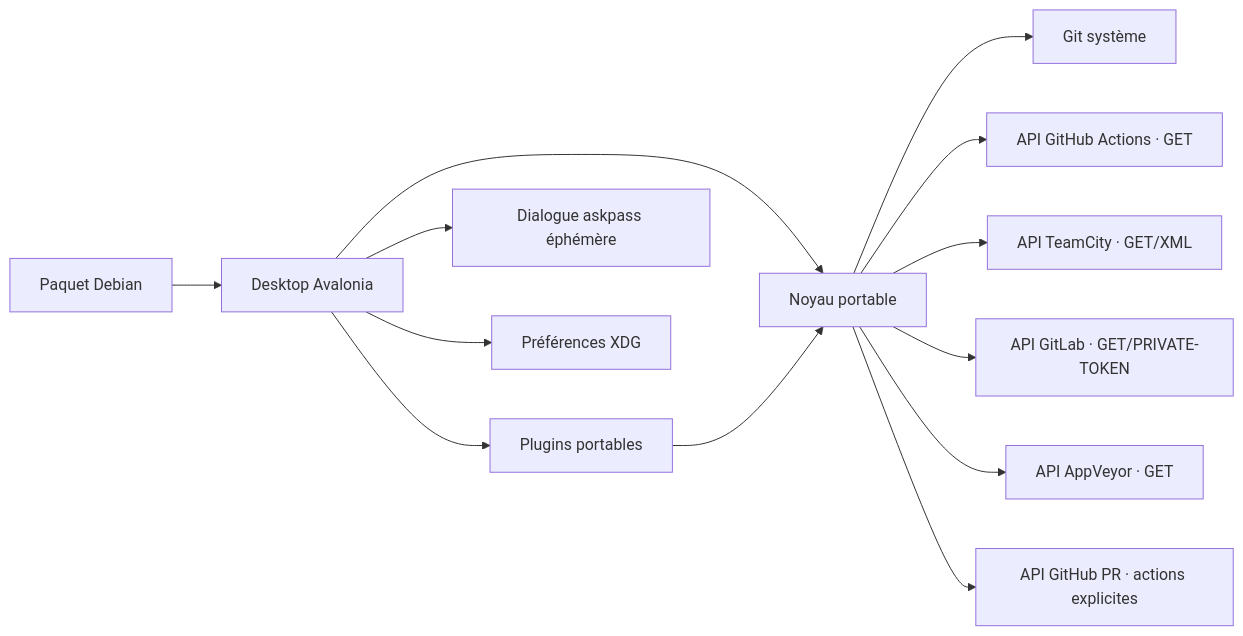
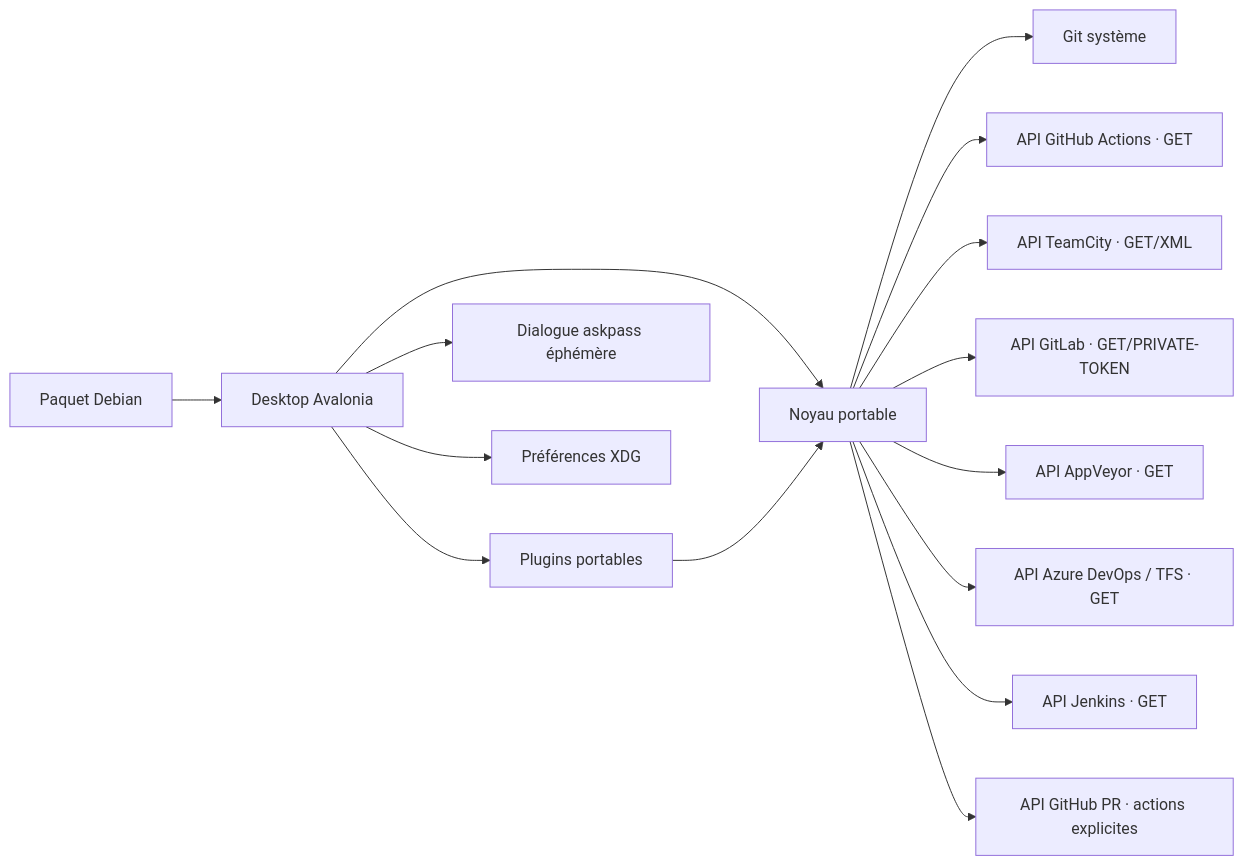
The second of 2 diagrams in .agents/docs/c4.md (Azreal42/gitextensions), drawn with Mermaid before and after one commit. The commit also changed other lines of this file and 18 other files, not shown here.

````diff
--- a/.agents/docs/c4.md
+++ b/.agents/docs/c4.md
@@ -19,15 +19,17 @@
 ```mermaid
 flowchart LR
   UI[Desktop Avalonia] --> CORE[Noyau portable]
   CORE --> CLI[Git système]
   CORE --> ACTIONS[API GitHub Actions · GET]
   CORE --> TEAMCITY[API TeamCity · GET/XML]
   CORE --> GITLAB[API GitLab · GET/PRIVATE-TOKEN]
   CORE --> APPVEYOR[API AppVeyor · GET]
+  CORE --> AZURE[API Azure DevOps / TFS · GET]
+  CORE --> JENKINS[API Jenkins · GET]
   CORE --> HOSTING[API GitHub PR · actions explicites]
   UI --> PLUGINS[Plugins portables]
   PLUGINS --> CORE
   UI --> AUTH[Dialogue askpass éphémère]
   UI --> XDG[Préférences XDG]
   DEB[Paquet Debian] --> UI
 ```
````
